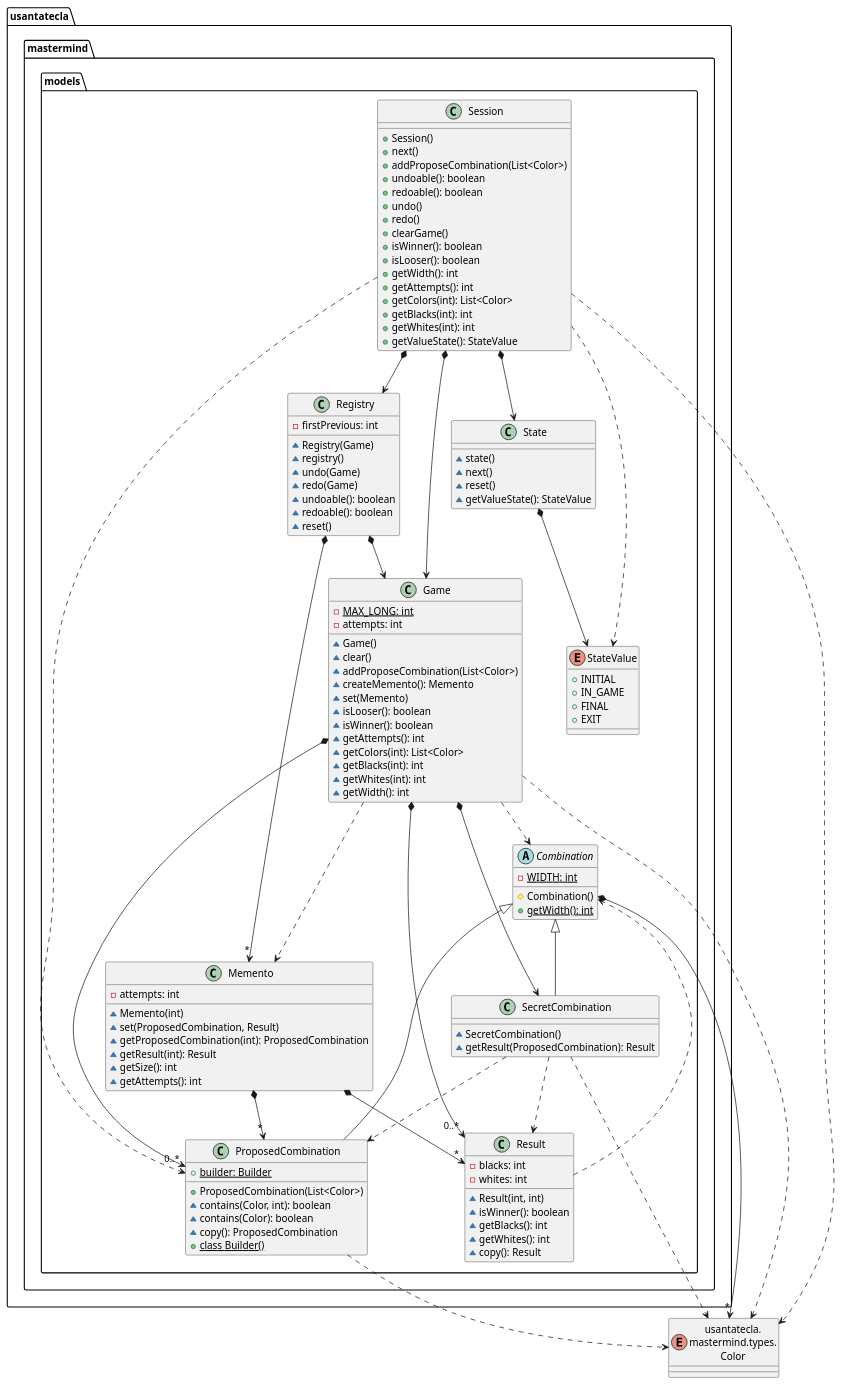
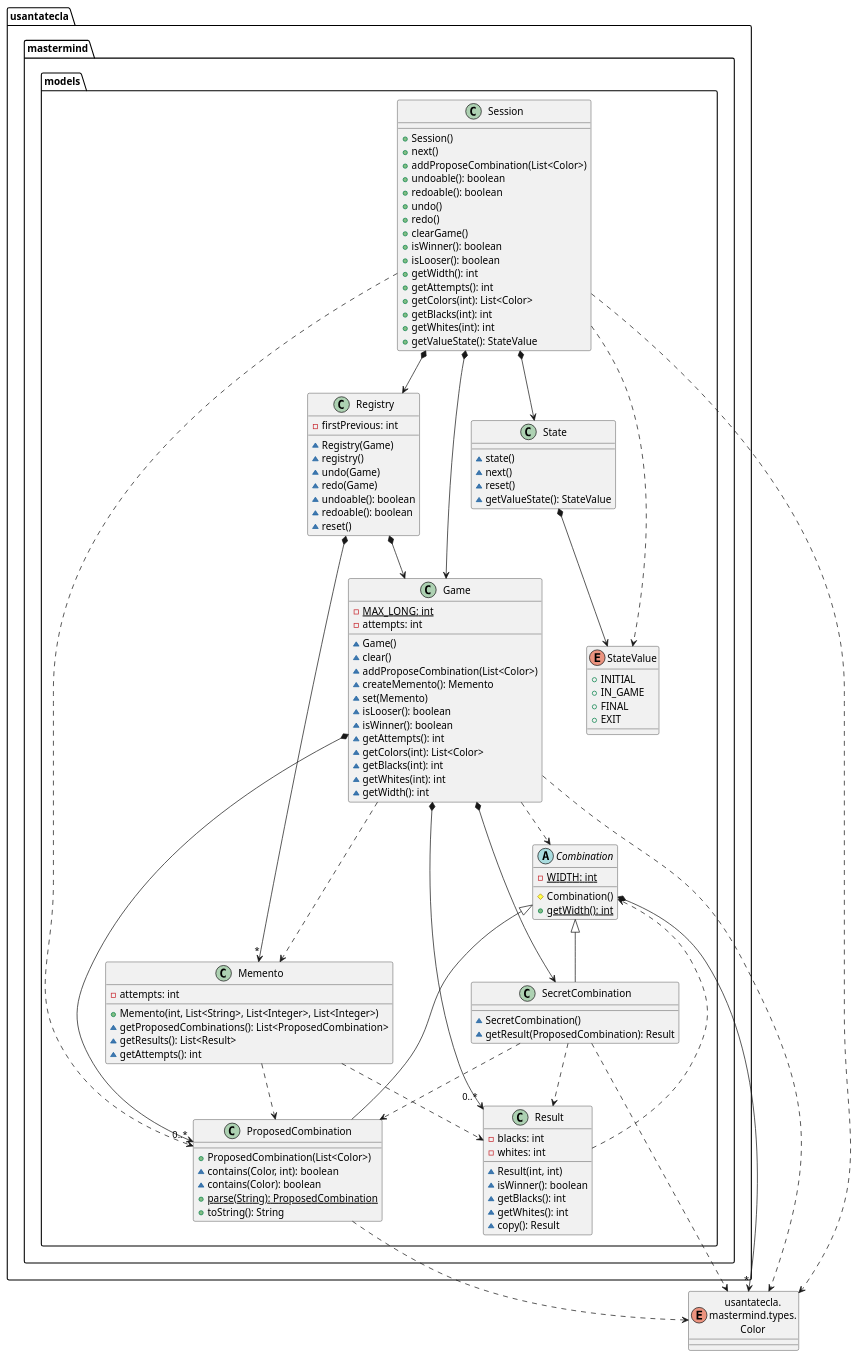
One commit to SantaTecla-mastermind/solution.java.swing.socket.sql changed the fourth of 6 diagrams in modelViewPresenter/presentationModel/withComposite/docs/diagrams/src/paquetes.plantuml. Above: the diagram before and after it, drawn with PlantUML. The commit also changed other lines of this file and 2 other files, not shown here.

Commit message:
[mvp.pm.withComposite] Changed diagrams to match with Memento changes

```diff
--- a/modelViewPresenter/presentationModel/withComposite/docs/diagrams/src/paquetes.plantuml
+++ b/modelViewPresenter/presentationModel/withComposite/docs/diagrams/src/paquetes.plantuml
@@ -308,129 +308,126 @@
 @startuml usantatecla.mastermind.models
 enum Color as "usantatecla.\nmastermind.types.\nColor"
 
 class usantatecla.mastermind.models.State {
     ~ state()
     ~ next()
     ~ reset()
     ~ getValueState(): StateValue
 }
 usantatecla.mastermind.models.State *-down-> usantatecla.mastermind.models.StateValue
 
 enum usantatecla.mastermind.models.StateValue {
     + INITIAL
     + IN_GAME
     + FINAL
     + EXIT
 }
 
 abstract class usantatecla.mastermind.models.Combination {
     - {static} WIDTH: int
     # Combination()
     + {static} getWidth(): int
 }
 usantatecla.mastermind.models.Combination *-down-> "*" Color
 
 class usantatecla.mastermind.models.Game {
     - {static} MAX_LONG: int
     - attempts: int
     ~ Game()
     ~ clear()
     ~ addProposeCombination(List<Color>)
     ~ createMemento(): Memento
     ~ set(Memento)
     ~ isLooser(): boolean
     ~ isWinner(): boolean
     ~ getAttempts(): int
     ~ getColors(int): List<Color>
     ~ getBlacks(int): int
     ~ getWhites(int): int
     ~ getWidth(): int
 }
 usantatecla.mastermind.models.Game *-down-> usantatecla.mastermind.models.SecretCombination
 usantatecla.mastermind.models.Game *-down-> "0..*" usantatecla.mastermind.models.Result
 usantatecla.mastermind.models.Game *-down-> "0..*" usantatecla.mastermind.models.ProposedCombination
 usantatecla.mastermind.models.Game .down.> usantatecla.mastermind.models.Memento
 usantatecla.mastermind.models.Game .down.> usantatecla.mastermind.models.Combination
 usantatecla.mastermind.models.Game .down.> Color
 
 class usantatecla.mastermind.models.ProposedCombination {
     + ProposedCombination(List<Color>)
     ~ contains(Color, int): boolean
     ~ contains(Color): boolean
-    ~ copy(): ProposedCombination
-    + {static} builder: Builder
-    + {static} class Builder()
+    + {static} parse(String): ProposedCombination
+    + toString(): String
 }
 usantatecla.mastermind.models.Combination <|-down- usantatecla.mastermind.models.ProposedCombination
 usantatecla.mastermind.models.ProposedCombination .down.> Color
 
 class usantatecla.mastermind.models.SecretCombination {
     ~ SecretCombination()
     ~ getResult(ProposedCombination): Result
 }
 usantatecla.mastermind.models.Combination <|-down- usantatecla.mastermind.models.SecretCombination
 usantatecla.mastermind.models.SecretCombination .down.> usantatecla.mastermind.models.Result
 usantatecla.mastermind.models.SecretCombination .down.> usantatecla.mastermind.models.ProposedCombination
 usantatecla.mastermind.models.SecretCombination .down.> Color
 
 class usantatecla.mastermind.models.Result {
     - blacks: int
     - whites: int
     ~ Result(int, int)
     ~ isWinner(): boolean
     ~ getBlacks(): int
     ~ getWhites(): int
     ~ copy(): Result
 }
 usantatecla.mastermind.models.Result .down.> usantatecla.mastermind.models.Combination
 
 class  usantatecla.mastermind.models.Memento{
     - attempts: int
-    ~ Memento(int)
-    ~ set(ProposedCombination, Result)
-    ~ getProposedCombination(int): ProposedCombination
-    ~ getResult(int): Result
-    ~ getSize(): int
+    + Memento(int, List<String>, List<Integer>, List<Integer>)
+    ~ getProposedCombinations(): List<ProposedCombination>
+    ~ getResults(): List<Result>
     ~ getAttempts(): int
 }
-usantatecla.mastermind.models.Memento *-down-> "*"usantatecla.mastermind.models.Result
-usantatecla.mastermind.models.Memento *-down-> "*"usantatecla.mastermind.models.ProposedCombination
+usantatecla.mastermind.models.Memento .down.> usantatecla.mastermind.models.Result
+usantatecla.mastermind.models.Memento .down.> usantatecla.mastermind.models.ProposedCombination
 
 class  usantatecla.mastermind.models.Registry{
     - firstPrevious: int
     ~ Registry(Game)
     ~ registry()
     ~ undo(Game)
     ~ redo(Game)
     ~ undoable(): boolean
     ~ redoable(): boolean
     ~ reset()
 }
 usantatecla.mastermind.models.Registry *-down-> "*"usantatecla.mastermind.models.Memento
 usantatecla.mastermind.models.Registry *-down-> usantatecla.mastermind.models.Game
 
 class  usantatecla.mastermind.models.Session{
     + Session()
     + next()
     + addProposeCombination(List<Color>)
     + undoable(): boolean
     + redoable(): boolean
     + undo()
     + redo()
     + clearGame()
     + isWinner(): boolean
     + isLooser(): boolean
     + getWidth(): int
     + getAttempts(): int
     + getColors(int): List<Color>
     + getBlacks(int): int
     + getWhites(int): int
     + getValueState(): StateValue
 }
 usantatecla.mastermind.models.Session *-down-> usantatecla.mastermind.models.State
 usantatecla.mastermind.models.Session *-down-> usantatecla.mastermind.models.Game
 usantatecla.mastermind.models.Session *-down-> usantatecla.mastermind.models.Registry
 usantatecla.mastermind.models.Session .down.> usantatecla.mastermind.models.ProposedCombination
 usantatecla.mastermind.models.Session .down.> usantatecla.mastermind.models.StateValue
 usantatecla.mastermind.models.Session .down.> Color
 @enduml
```
